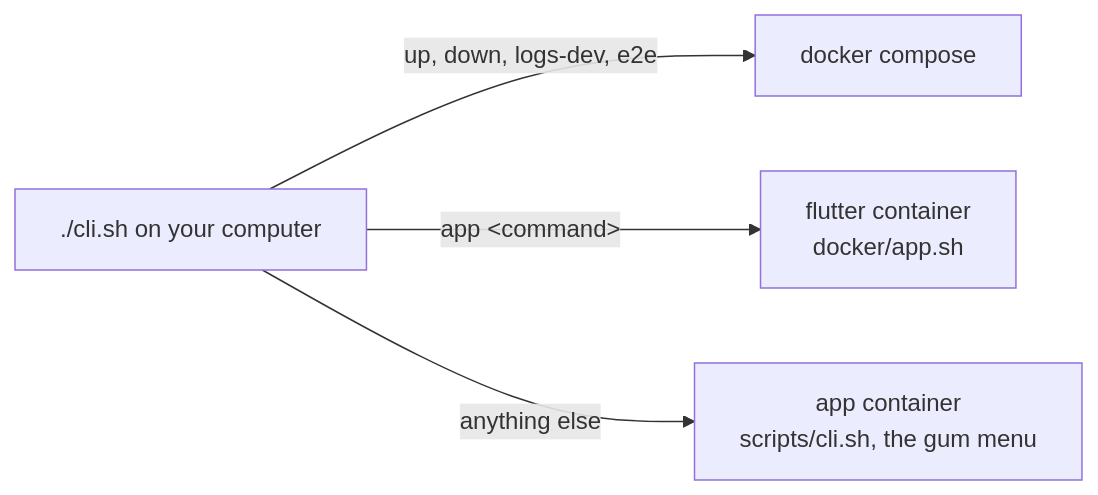
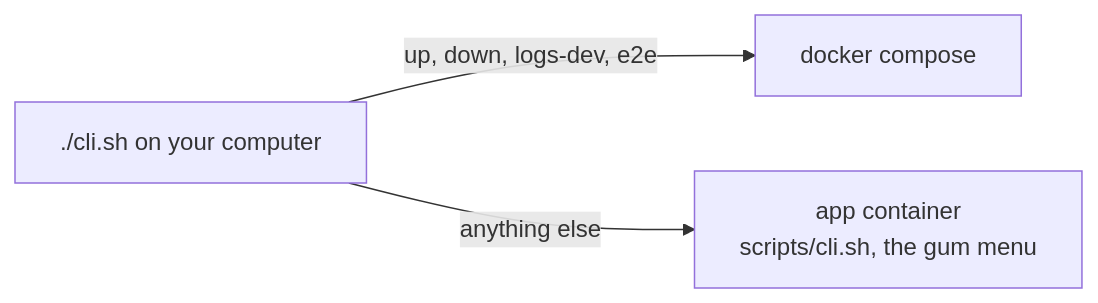
Before and after one commit to randika-srimal/cloudie: the diagram in docs/guide/cli.md, drawn with Mermaid. The commit also changed other lines of this file and 99 other files, not shown here.

Commit message:
chore: remove Flutter app

````diff
--- a/docs/guide/cli.md
+++ b/docs/guide/cli.md
@@ -14,6 +14,5 @@
 ```mermaid
 flowchart LR
   H["./cli.sh on your computer"] -->|up, down, logs-dev, e2e| C[docker compose]
-  H -->|app &lt;command&gt;| F[flutter container<br/>docker/app.sh]
   H -->|anything else| A[app container<br/>scripts/cli.sh, the gum menu]
 ```
````
